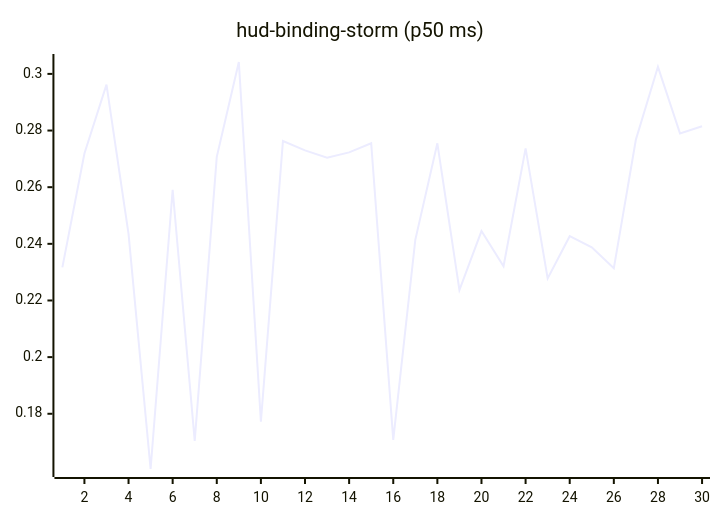
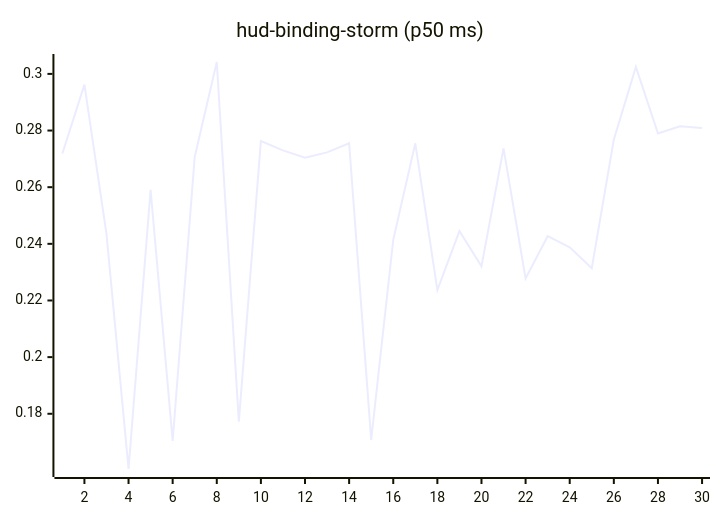
The tenth of 27 diagrams in README.md (josha/Facet), drawn with Mermaid before and after one commit. The commit also changed other lines of this file and 2 other files, not shown here.

````diff
--- a/README.md
+++ b/README.md
@@ -126,6 +126,6 @@
 ```mermaid
 xychart-beta
     title "hud-binding-storm (p50 ms)"
     x-axis 1 --> 30
-    line [0.2317, 0.2719, 0.2962, 0.2435, 0.1605, 0.2591, 0.1704, 0.2707, 0.3042, 0.1772, 0.2763, 0.2730, 0.2704, 0.2723, 0.2755, 0.1708, 0.2414, 0.2755, 0.2237, 0.2445, 0.2321, 0.2737, 0.2278, 0.2427, 0.2388, 0.2314, 0.2768, 0.3025, 0.2790, 0.2815]
+    line [0.2719, 0.2962, 0.2435, 0.1605, 0.2591, 0.1704, 0.2707, 0.3042, 0.1772, 0.2763, 0.2730, 0.2704, 0.2723, 0.2755, 0.1708, 0.2414, 0.2755, 0.2237, 0.2445, 0.2321, 0.2737, 0.2278, 0.2427, 0.2388, 0.2314, 0.2768, 0.3025, 0.2790, 0.2815, 0.2809]
 ```
````
